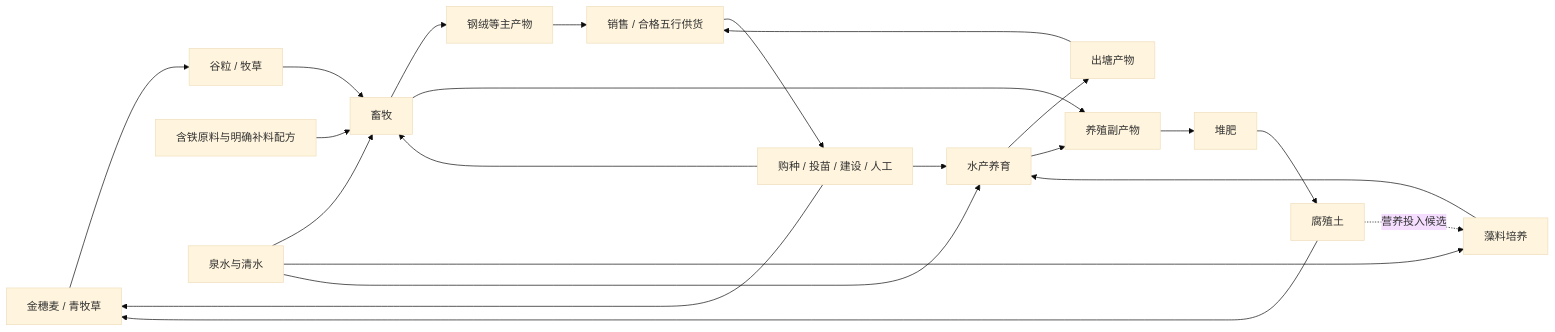
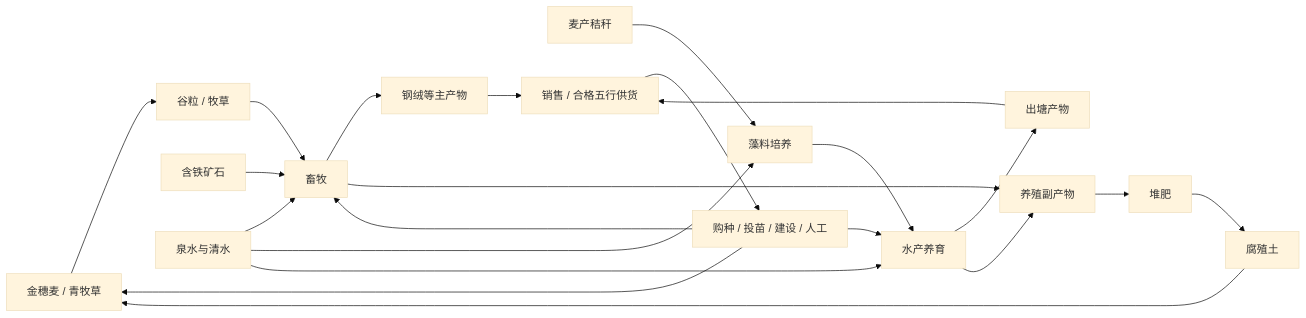
One commit to onestudentforcode/rpgmap changed the diagram in docs/farming/phase-07-V2养殖与资源循环.md. Above: the diagram before and after it, drawn with Mermaid (base theme). The commit also changed other lines of this file and 4 other files, not shown here.

````diff
--- a/docs/farming/phase-07-V2养殖与资源循环.md
+++ b/docs/farming/phase-07-V2养殖与资源循环.md
@@ -64,24 +66,24 @@
 ```mermaid
 flowchart LR
     Crop[金穗麦 / 青牧草] --> Feed[谷粒 / 牧草]
     Feed --> Land[畜牧]
-    Mineral[含铁原料与明确补料配方] --> Land
+    Mineral[含铁矿石] --> Land
     Water[泉水与清水] --> Land
     Water --> Algae[藻料培养]
-    Humus[腐殖土] -. 营养投入候选 .-> Algae
+    Straw[麦产秸秆] --> Algae
     Algae --> Fish[水产养育]
     Water --> Fish
     Land --> Material[钢绒等主产物]
     Fish --> Meat[出塘产物]
     Land --> Waste[养殖副产物]
     Fish --> Waste
     Waste --> Compost[堆肥]
-    Compost --> Humus
+    Compost --> Humus[腐殖土]
     Humus --> Crop
     Material --> Income[销售 / 合格五行供货]
     Meat --> Income
     Income --> Invest[购种 / 投苗 / 建设 / 人工]
     Invest --> Crop
     Invest --> Land
     Invest --> Fish
 ```
````
